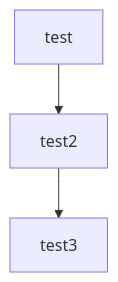
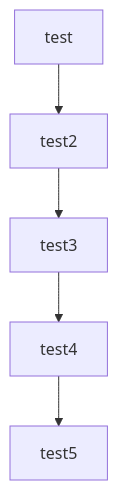
Before and after one commit to disambiguationuk/MermaidTest: the diagram in docs/mermaid.md, drawn with Mermaid. The commit also changed other lines of this file, not shown here.

````diff
--- a/docs/mermaid.md
+++ b/docs/mermaid.md
@@ -6,6 +3,7 @@
 ```mermaid
 graph TD
     test --> test2
     test2 --> test3
-
+    test3 --> test4
+    test4 --> test5
 ```
````
